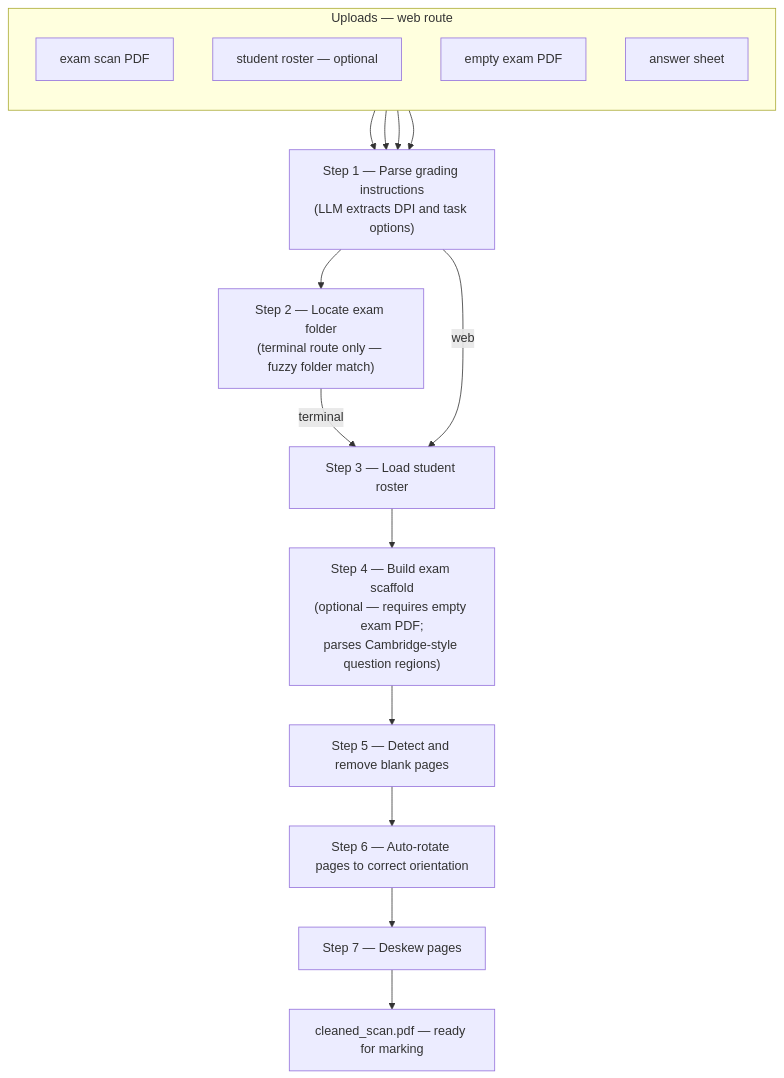
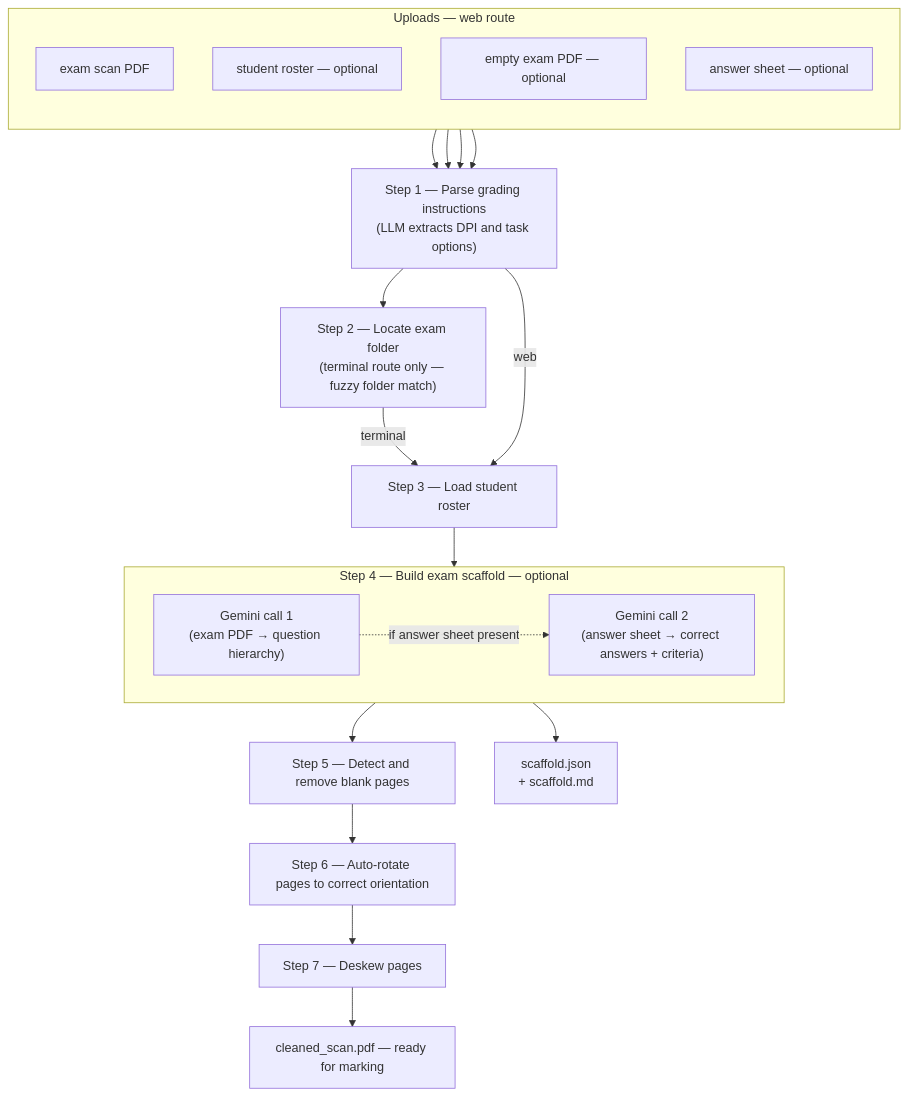
One commit to JoschkaKoen/IGCSE-Exercise-Sheet-Generator-1 changed the second of 2 diagrams in README.md. Above: the diagram before and after it, drawn with Mermaid. The commit also changed other lines of this file, not shown here.

Commit message:
README: AI scaffold step 4 (dual Gemini), cache; env keys table

````diff
--- a/README.md
+++ b/README.md
@@ -83,25 +83,35 @@
 ```mermaid
 flowchart TD
     subgraph uploads [Uploads — web route]
         direction TB
         u1[exam scan PDF]
         u2[student roster — optional]
-        u3[empty exam PDF]
-        u4[answer sheet]
+        u3[empty exam PDF — optional]
+        u4[answer sheet — optional]
     end
 
     s1["Step 1 — Parse grading instructions\n(LLM extracts DPI and task options)"]
     s2["Step 2 — Locate exam folder\n(terminal route only — fuzzy folder match)"]
     s3["Step 3 — Load student roster"]
-    s4["Step 4 — Build exam scaffold\n(optional — requires empty exam PDF;\nparses Cambridge-style question regions)"]
+
+    subgraph s4block [Step 4 — Build exam scaffold — optional]
+        direction LR
+        s4a["Gemini call 1\n(exam PDF → question hierarchy)"]
+        s4b["Gemini call 2\n(answer sheet → correct answers + criteria)"]
+        s4a -.->|"if answer sheet present"| s4b
+    end
+
     s5["Step 5 — Detect and remove blank pages"]
     s6["Step 6 — Auto-rotate pages to correct orientation"]
     s7["Step 7 — Deskew pages"]
+    cache["scaffold.json\n+ scaffold.md"]
     out[cleaned_scan.pdf — ready for marking]
 
     u1 & u2 & u3 & u4 --> s1
     s1 --> s2
     s2 -->|terminal| s3
     s1 -->|web| s3
-    s3 --> s4 --> s5 --> s6 --> s7 --> out
+    s3 --> s4block
+    s4block --> cache
+    s4block --> s5 --> s6 --> s7 --> out
 ```
````
